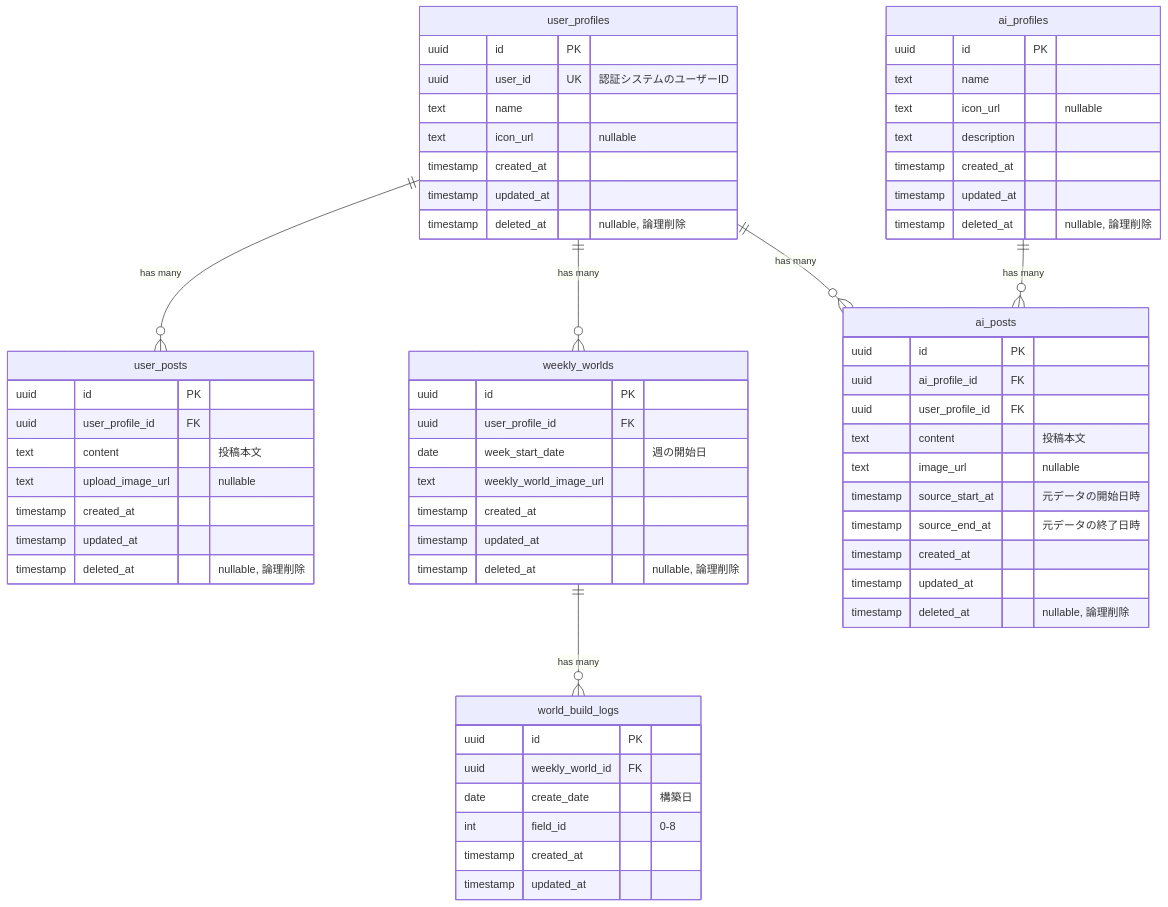
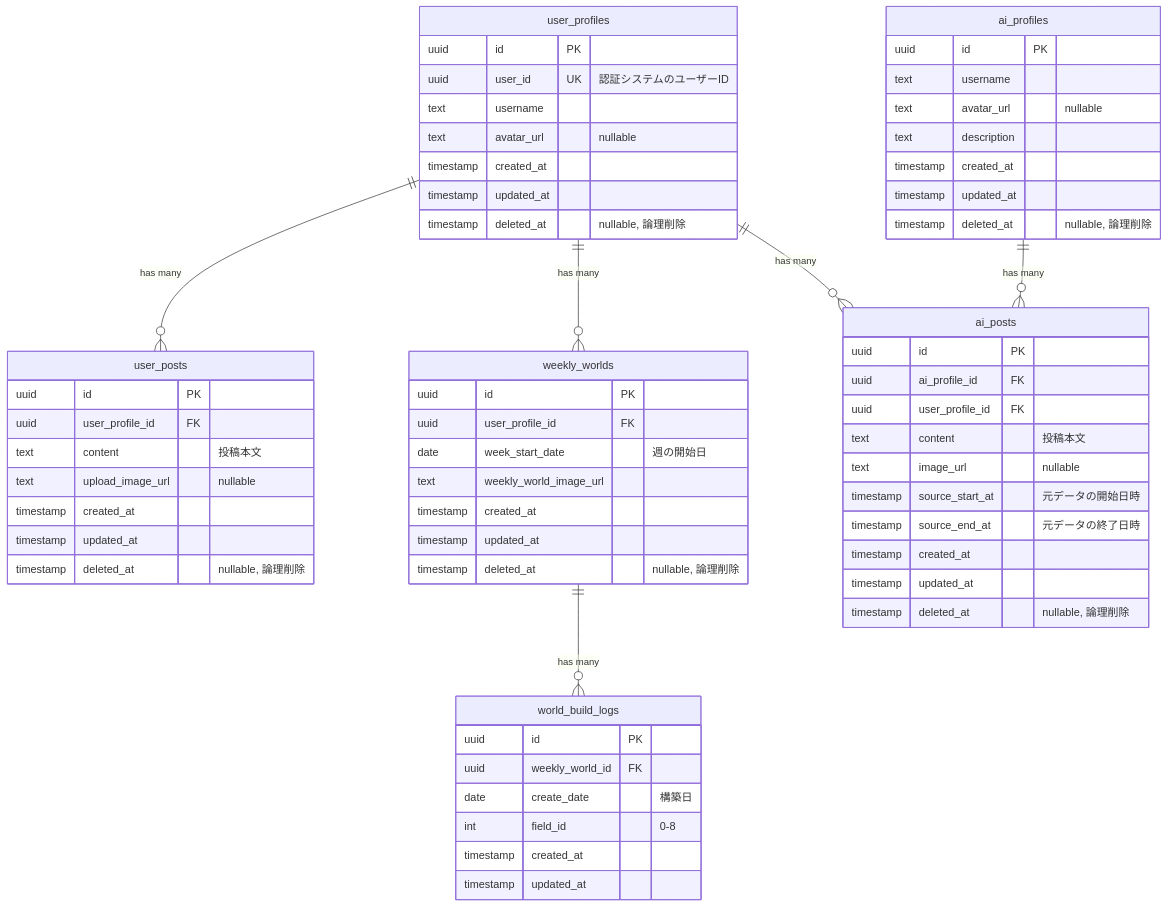
Before and after one commit to p2hacks2025/pre-03: the diagram in docs/er.md, drawn with Mermaid. The commit also changed other lines of this file and 16 other files, not shown here.

````diff
--- a/docs/er.md
+++ b/docs/er.md
@@ -5,70 +5,70 @@
 ```mermaid
 erDiagram
     user_profiles {
         uuid id PK
         uuid user_id UK "認証システムのユーザーID"
-        text name
-        text icon_url "nullable"
+        text username
+        text avatar_url "nullable"
         timestamp created_at
         timestamp updated_at
         timestamp deleted_at "nullable, 論理削除"
     }
 
     user_posts {
         uuid id PK
         uuid user_profile_id FK
         text content "投稿本文"
         text upload_image_url "nullable"
         timestamp created_at
         timestamp updated_at
         timestamp deleted_at "nullable, 論理削除"
     }
 
     weekly_worlds {
         uuid id PK
         uuid user_profile_id FK
         date week_start_date "週の開始日"
         text weekly_world_image_url
         timestamp created_at
         timestamp updated_at
         timestamp deleted_at "nullable, 論理削除"
     }
 
     ai_profiles {
         uuid id PK
-        text name
-        text icon_url "nullable"
+        text username
+        text avatar_url "nullable"
         text description
         timestamp created_at
         timestamp updated_at
         timestamp deleted_at "nullable, 論理削除"
     }
 
     ai_posts {
         uuid id PK
         uuid ai_profile_id FK
         uuid user_profile_id FK
         text content "投稿本文"
         text image_url "nullable"
         timestamp source_start_at "元データの開始日時"
         timestamp source_end_at "元データの終了日時"
         timestamp created_at
         timestamp updated_at
         timestamp deleted_at "nullable, 論理削除"
     }
 
     world_build_logs {
         uuid id PK
         uuid weekly_world_id FK
         date create_date "構築日"
         int field_id "0-8"
         timestamp created_at
         timestamp updated_at
     }
 
     user_profiles ||--o{ user_posts : "has many"
     user_profiles ||--o{ weekly_worlds : "has many"
     user_profiles ||--o{ ai_posts : "has many"
     ai_profiles ||--o{ ai_posts : "has many"
     weekly_worlds ||--o{ world_build_logs : "has many"
 ```
````
